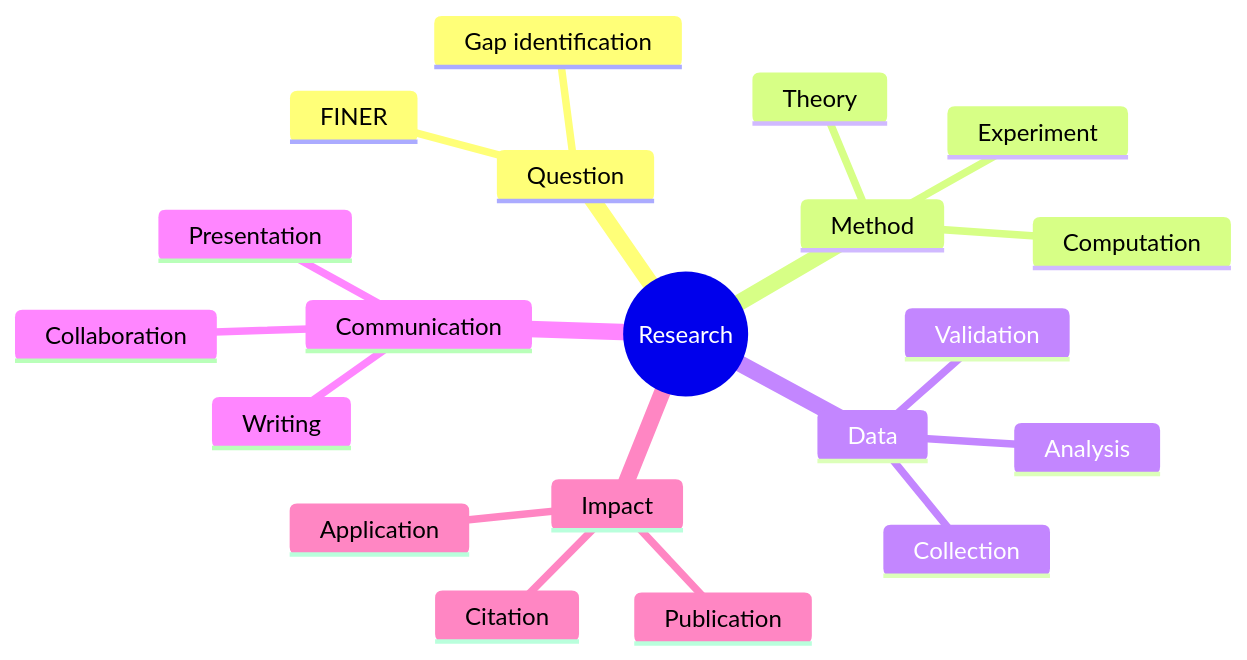
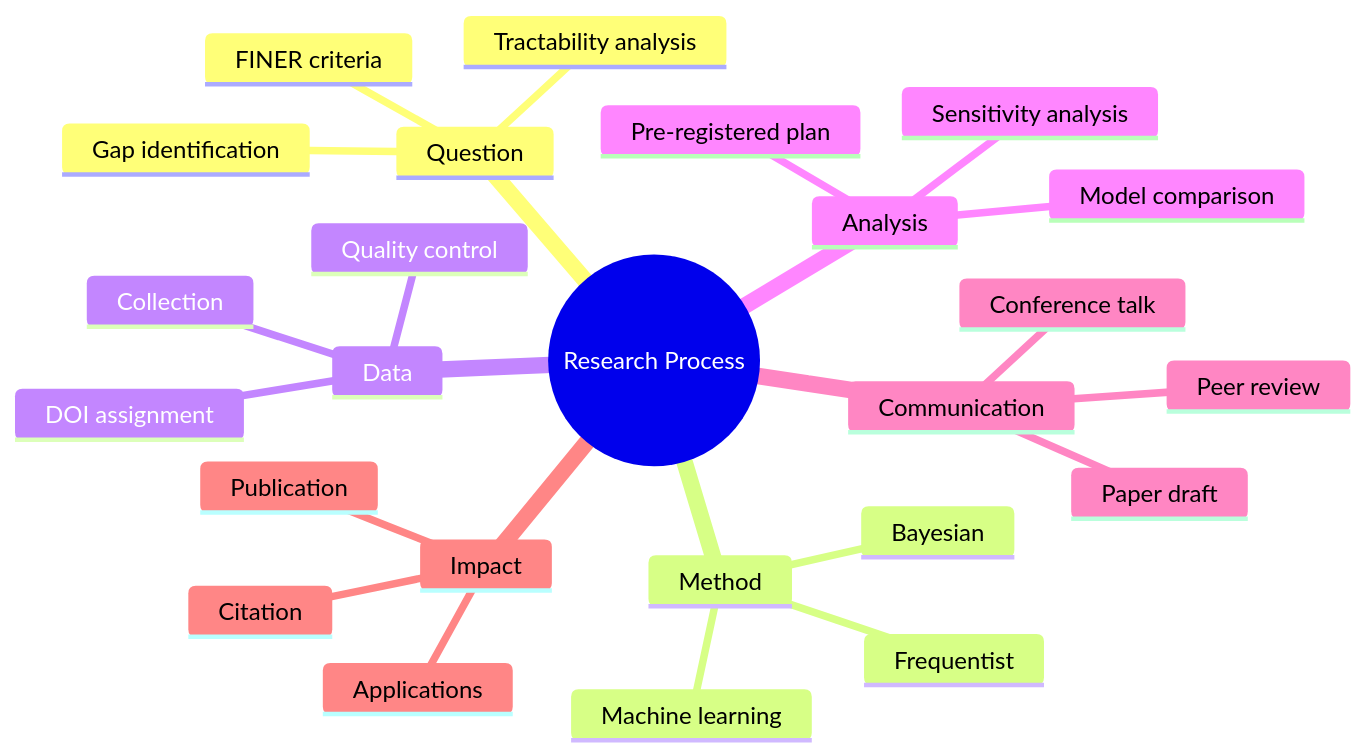
Before and after one commit to yip-lgtm/PhysicsSelfStudy: the first of 5 diagrams in 01_BSc_Physics/electives/PHYS_3090X_Directed_Studies_II/README.md, drawn with Mermaid. The commit also changed other lines of this file and 17 other files, not shown here.

````diff
--- a/01_BSc_Physics/electives/PHYS_3090X_Directed_Studies_II/README.md
+++ b/01_BSc_Physics/electives/PHYS_3090X_Directed_Studies_II/README.md
@@ -199,23 +525,28 @@
 ```mermaid
 mindmap
-  root((Research))
+  root((Research Process))
     Question
-      FINER
+      FINER criteria
       Gap identification
+      Tractability analysis
     Method
-      Theory
-      Experiment
-      Computation
+      Bayesian
+      Frequentist
+      Machine learning
     Data
       Collection
-      Analysis
-      Validation
+      Quality control
+      DOI assignment
+    Analysis
+      Pre-registered plan
+      Sensitivity analysis
+      Model comparison
     Communication
-      Writing
-      Presentation
-      Collaboration
+      Paper draft
+      Conference talk
+      Peer review
     Impact
       Publication
       Citation
-      Application
+      Applications
 ```
````
